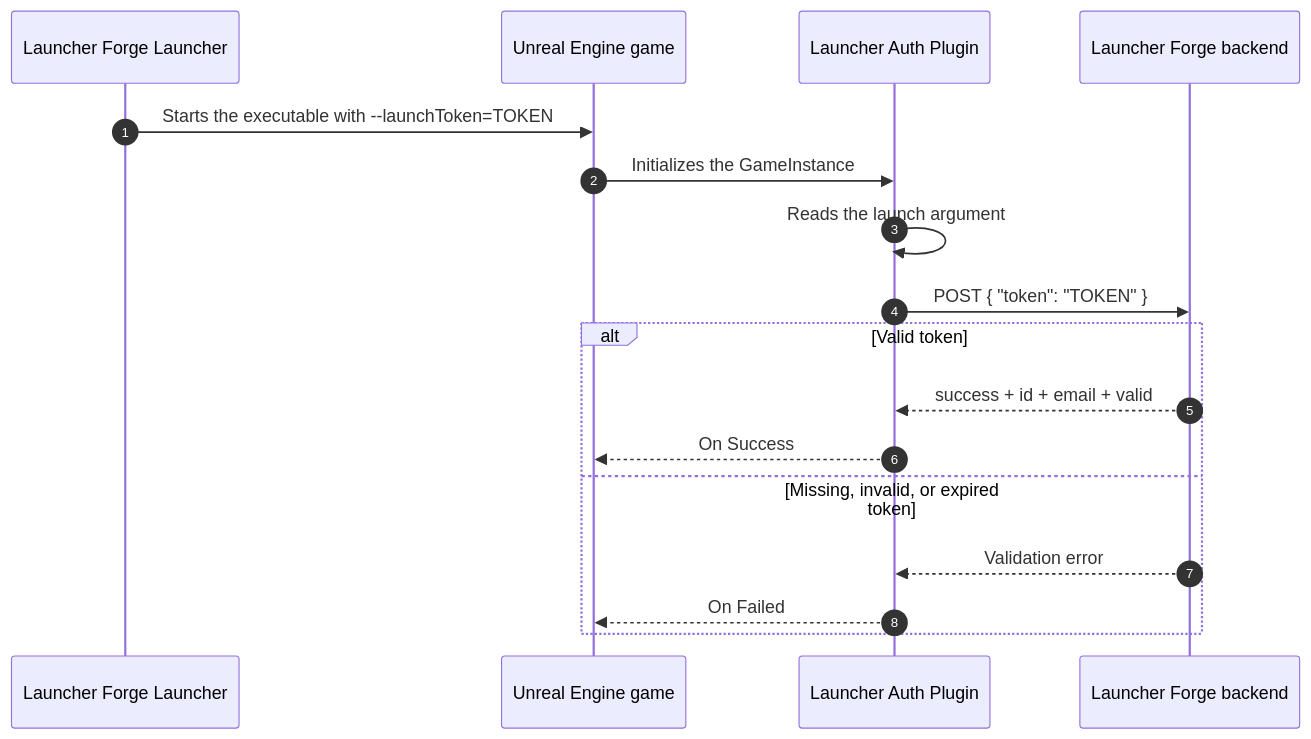
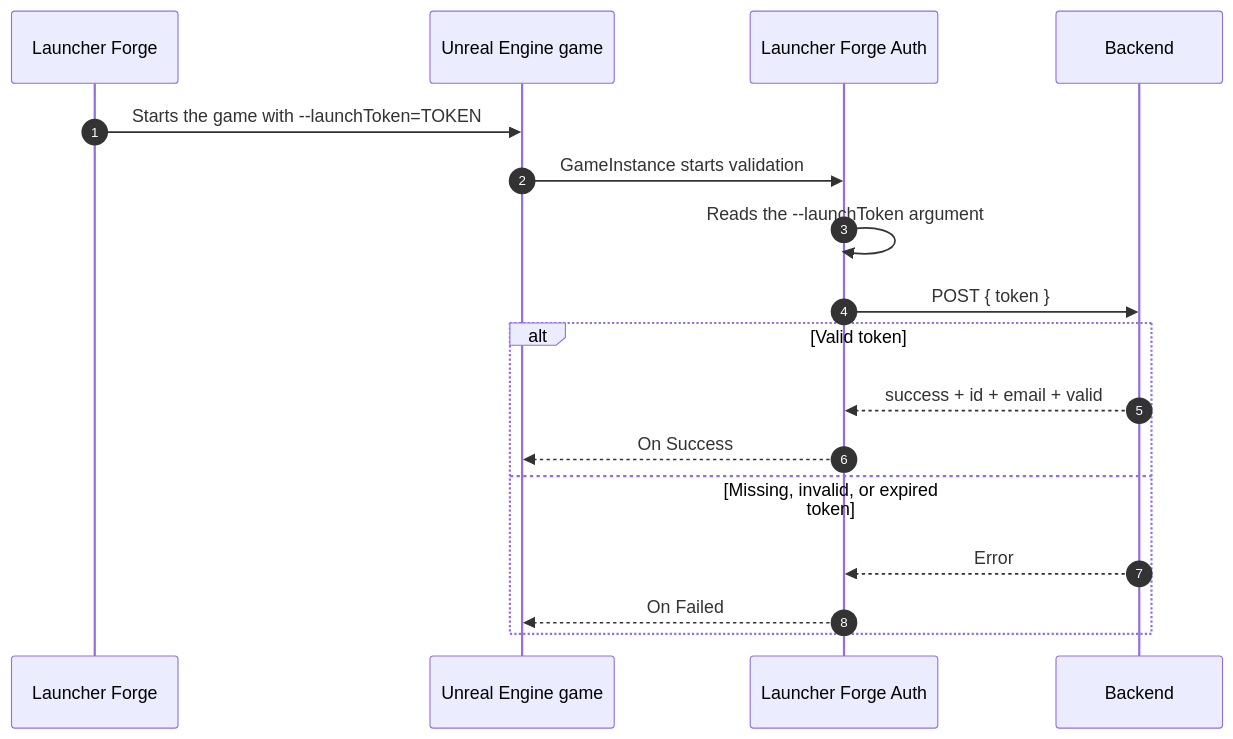
Before and after one commit to cribertt/LauncherDocs: the diagram in en/engine-integrations/unreal-engine.mdx, drawn with Mermaid. The commit also changed other lines of this file and 10 other files, not shown here.

````diff
--- a/en/engine-integrations/unreal-engine.mdx
+++ b/en/engine-integrations/unreal-engine.mdx
@@ -36,21 +34,21 @@
 ```mermaid
 sequenceDiagram
     autonumber
-    participant L as Launcher Forge Launcher
+    participant L as Launcher Forge
     participant G as Unreal Engine game
-    participant P as Launcher Auth Plugin
-    participant B as Launcher Forge backend
+    participant P as Launcher Forge Auth
+    participant B as Backend
 
-    L->>G: Starts the executable with --launchToken=TOKEN
-    G->>P: Initializes the GameInstance
-    P->>P: Reads the launch argument
-    P->>B: POST { "token": "TOKEN" }
+    L->>G: Starts the game with --launchToken=TOKEN
+    G->>P: GameInstance starts validation
+    P->>P: Reads the --launchToken argument
+    P->>B: POST { token }
 
     alt Valid token
         B-->>P: success + id + email + valid
         P-->>G: On Success
     else Missing, invalid, or expired token
-        B-->>P: Validation error
+        B-->>P: Error
         P-->>G: On Failed
     end
 ```
````
